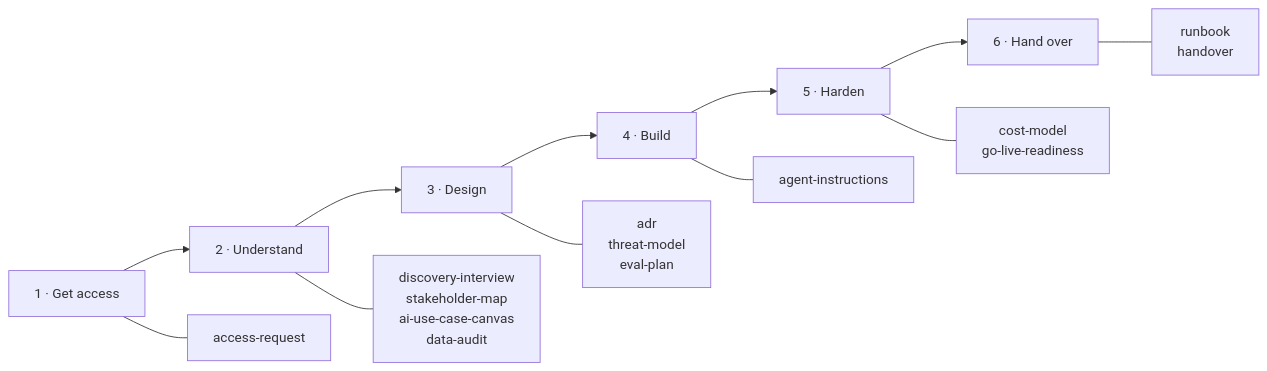
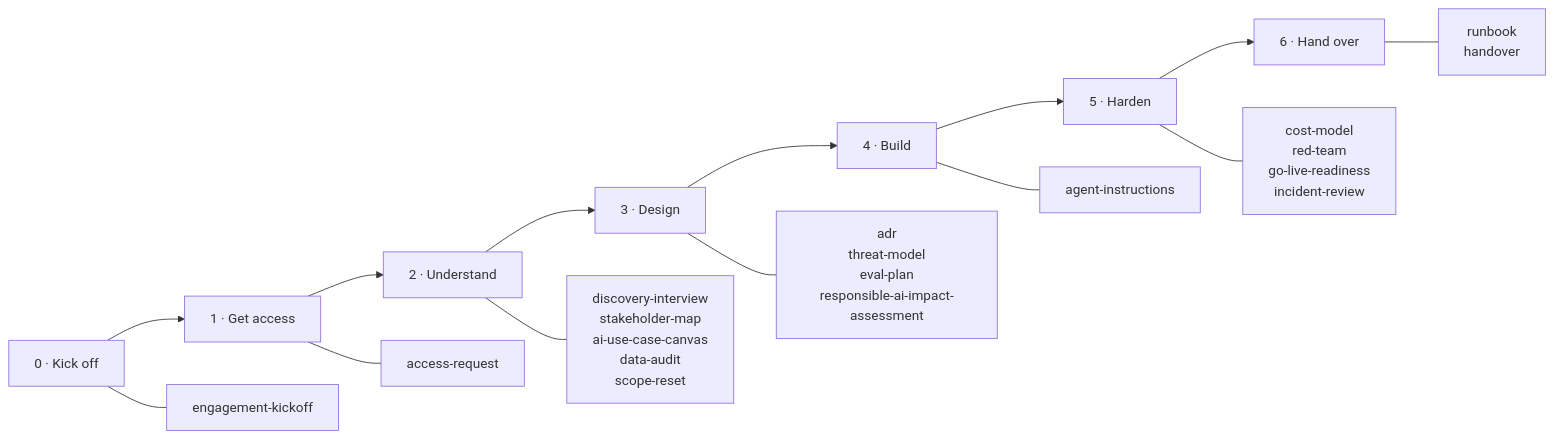
One commit to mjtpena/awesome-microsoft-fde changed the diagram in skills/README.md. Above: the diagram before and after it, drawn with Mermaid. The commit also changed other lines of this file and 93 other files, not shown here.

````diff
--- a/skills/README.md
+++ b/skills/README.md
@@ -70,10 +71,11 @@
 ```mermaid
 flowchart LR
-    S1["1 · Get access"] --> S2["2 · Understand"] --> S3["3 · Design"] --> S4["4 · Build"] --> S5["5 · Harden"] --> S6["6 · Hand over"]
+    S0["0 · Kick off"] --> S1["1 · Get access"] --> S2["2 · Understand"] --> S3["3 · Design"] --> S4["4 · Build"] --> S5["5 · Harden"] --> S6["6 · Hand over"]
+    S0 --- T0["engagement-kickoff"]
     S1 --- T1["access-request"]
-    S2 --- T2["discovery-interview<br/>stakeholder-map<br/>ai-use-case-canvas<br/>data-audit"]
-    S3 --- T3["adr<br/>threat-model<br/>eval-plan"]
+    S2 --- T2["discovery-interview<br/>stakeholder-map<br/>ai-use-case-canvas<br/>data-audit<br/>scope-reset"]
+    S3 --- T3["adr<br/>threat-model<br/>eval-plan<br/>responsible-ai-impact-assessment"]
     S4 --- T4["agent-instructions"]
-    S5 --- T5["cost-model<br/>go-live-readiness"]
+    S5 --- T5["cost-model<br/>red-team<br/>go-live-readiness<br/>incident-review"]
     S6 --- T6["runbook<br/>handover"]
 ```
````
